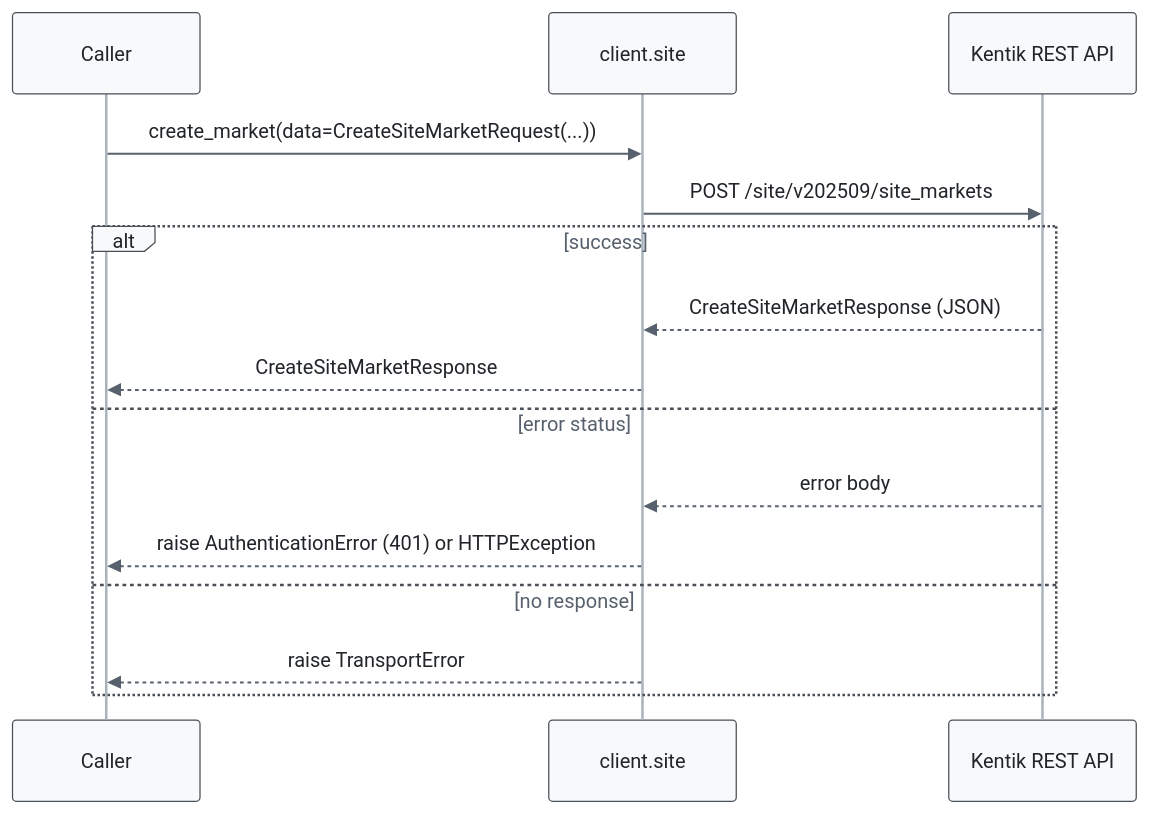
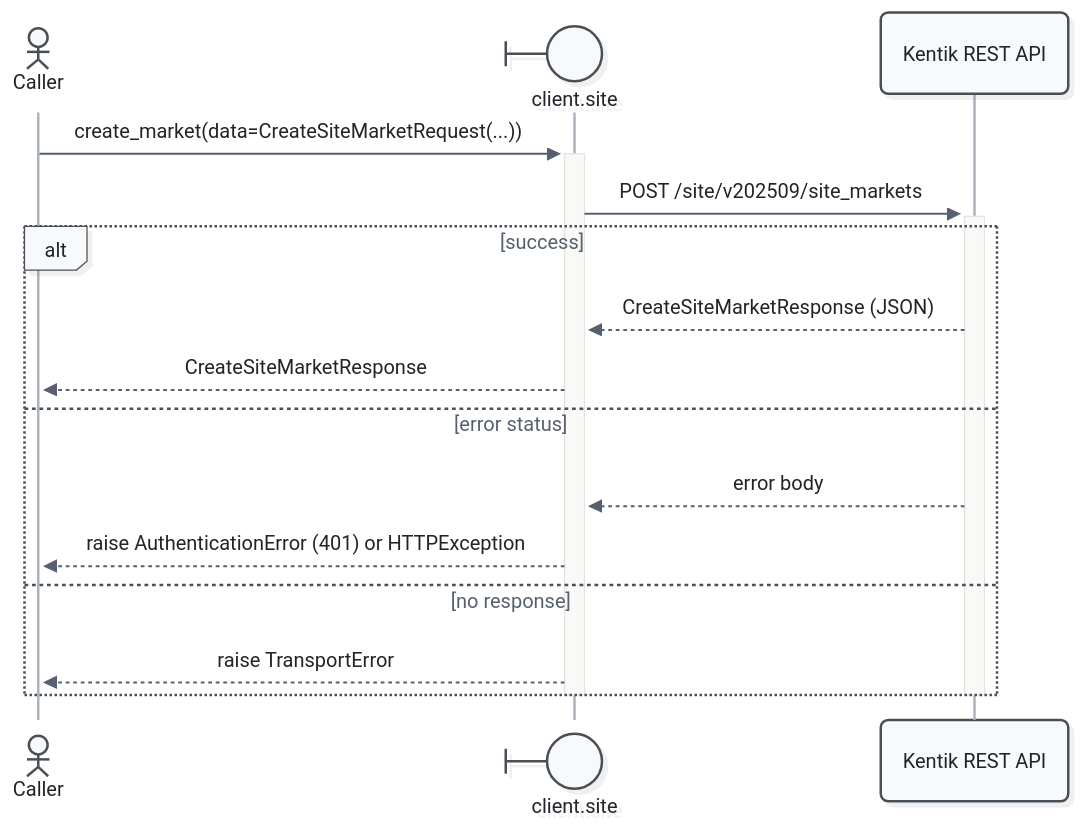
Before and after one commit to alexdearaujo/community_sdk_python: the third of 21 diagrams in docs/sphinx/services/site.md, drawn with Mermaid. The commit also changed other lines of this file and 52 other files, not shown here.

First line of the commit message:
docs: Mermaid 12 sequence diagrams with participant types and path colors

````diff
--- a/docs/sphinx/services/site.md
+++ b/docs/sphinx/services/site.md
@@ -103,19 +108,21 @@
 ```mermaid
-%%{init: {"theme": "base", "fontFamily": "ui-monospace, SFMono-Regular, Menlo, monospace", "themeVariables": {"fontFamily": "ui-monospace, SFMono-Regular, Menlo, monospace", "primaryColor": "#f8f9fa", "primaryBorderColor": "#495057", "primaryTextColor": "#212529", "textColor": "#212529", "lineColor": "#77818c", "edgeLabelBackground": "#ffffff", "actorBkg": "#f8f9fa", "actorBorder": "#495057", "actorTextColor": "#212529", "actorLineColor": "#a9b3be", "signalColor": "#57616d", "signalTextColor": "#212529", "labelBoxBkgColor": "#f8f9fa", "labelBoxBorderColor": "#495057", "labelTextColor": "#212529", "loopTextColor": "#57616d", "noteBkgColor": "#fff9db", "noteBorderColor": "#f08c00", "noteTextColor": "#a35a00"}, "flowchart": {"curve": "step", "nodeSpacing": 30, "rankSpacing": 70, "wrappingWidth": 400}}}%%
+%%{init: {"theme": "redux", "look": "neo", "layout": "dagre", "fontFamily": "ui-monospace, SFMono-Regular, Menlo, monospace", "themeVariables": {"fontFamily": "ui-monospace, SFMono-Regular, Menlo, monospace", "primaryColor": "#f8f9fa", "primaryBorderColor": "#495057", "primaryTextColor": "#212529", "textColor": "#212529", "lineColor": "#77818c", "edgeLabelBackground": "#ffffff", "actorBkg": "#f8f9fa", "actorBorder": "#495057", "actorTextColor": "#212529", "actorLineColor": "#a9b3be", "signalColor": "#57616d", "signalTextColor": "#212529", "labelBoxBkgColor": "#f8f9fa", "labelBoxBorderColor": "#495057", "labelTextColor": "#212529", "loopTextColor": "#57616d", "noteBkgColor": "#fff9db", "noteBorderColor": "#f08c00", "noteTextColor": "#a35a00"}, "sequence": {"activationWidth": 16}, "flowchart": {"curve": "step", "nodeSpacing": 30, "rankSpacing": 70, "wrappingWidth": 400}}}%%
 sequenceDiagram
-    participant C as Caller
-    participant W as client.site
+    actor C as Caller
+    participant W@{ "type": "boundary" } as client.site
     participant API as Kentik REST API
 
-    C->>W: create_market(data=CreateSiteMarketRequest(...))
-    W->>API: POST /site/v202509/site_markets
+    C->>+W: create_market(data=CreateSiteMarketRequest(...))
+    W->>+API: POST /site/v202509/site_markets
     alt success
         API-->>W: CreateSiteMarketResponse (JSON)
         W-->>C: CreateSiteMarketResponse
     else error status
         API-->>W: error body
         W-->>C: raise AuthenticationError (401) or HTTPException
     else no response
         W-->>C: raise TransportError
     end
+    deactivate API
+    deactivate W
 ```
````
